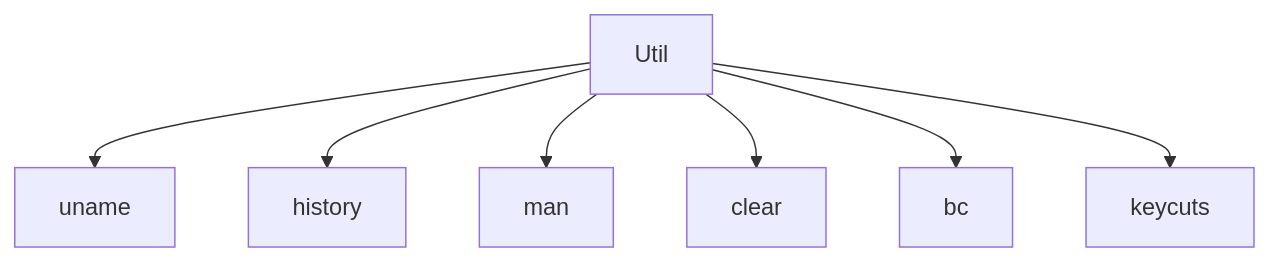
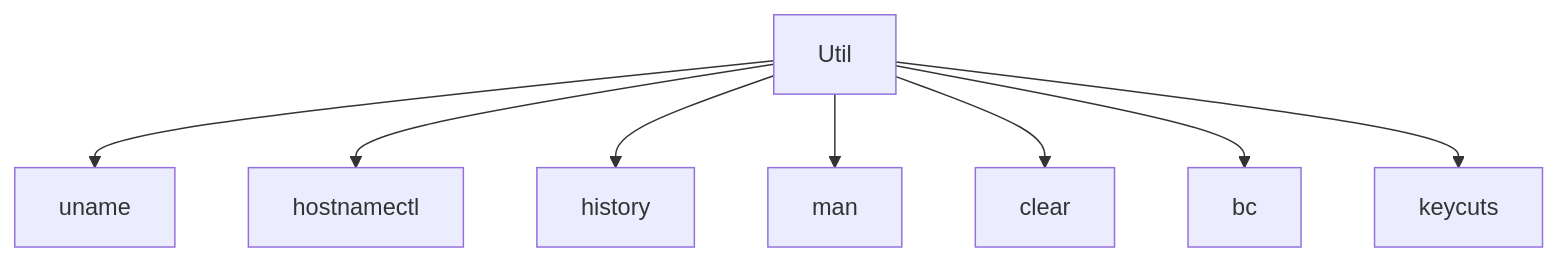
Before and after one commit to jppreti/documents: the eighth of 8 diagrams in linux/ComandosBasicos.md, drawn with Mermaid. The commit also changed other lines of this file, not shown here.

Commit message:
feat(linux): novos comandos básicos

````diff
--- a/linux/ComandosBasicos.md
+++ b/linux/ComandosBasicos.md
@@ -829,15 +853,17 @@
 ```mermaid
 flowchart TD
     Util-->uname
+    Util-->hostnamectl    
     Util-->history
     Util-->man
     Util-->clear
     Util-->bc
     Util-->keycuts
     click uname "https://github.com/jppreti/documents/blob/main/linux/ComandosBasicos.md#uname"
+    click hostnamectl "https://github.com/jppreti/documents/blob/main/linux/ComandosBasicos.md#hostnamectl"
     click history "https://github.com/jppreti/documents/blob/main/linux/ComandosBasicos.md#history"
     click man "https://github.com/jppreti/documents/blob/main/linux/ComandosBasicos.md#man"
     click clear "https://github.com/jppreti/documents/blob/main/linux/ComandosBasicos.md#dicas"
     click bc "https://github.com/jppreti/documents/blob/main/linux/ComandosBasicos.md#bc"
     click keycuts "https://github.com/jppreti/documents/blob/main/linux/ComandosBasicos.md#dicas"
 ```
````
